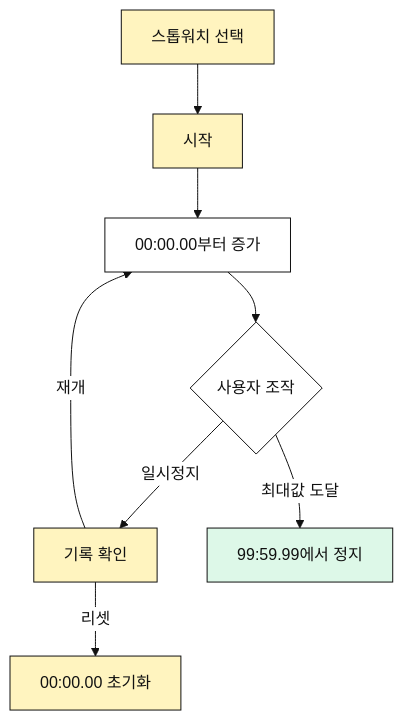
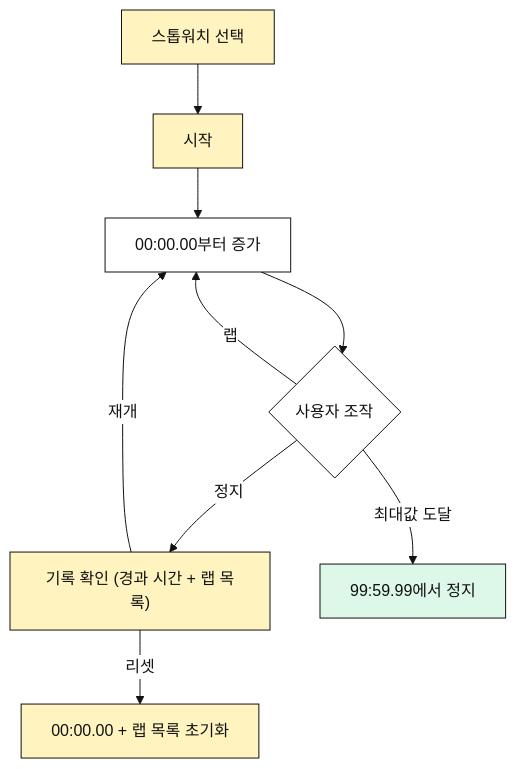
One commit to KalGookSoo/tempo changed the diagram in docs/use-cases/stopwatch.md. Above: the diagram before and after it, drawn with Mermaid. The commit also changed other lines of this file and 8 other files, not shown here.

````diff
--- a/docs/use-cases/stopwatch.md
+++ b/docs/use-cases/stopwatch.md
@@ -34,16 +44,17 @@
 ```mermaid
 %%{init: {"theme": "base", "themeVariables": {"background": "transparent", "primaryColor": "#FFFFFF", "primaryTextColor": "#111111", "primaryBorderColor": "#111111", "lineColor": "#111111", "tertiaryColor": "#F7F7F2"}}}%%
 flowchart TD
   A["스톱워치 선택"] --> B["시작"]
   B --> C["00:00.00부터 증가"]
   C --> D{"사용자 조작"}
-  D -- "일시정지" --> E["기록 확인"]
+  D -- "랩" --> C
+  D -- "정지" --> E["기록 확인 (경과 시간 + 랩 목록)"]
   E -- "재개" --> C
-  E -- "리셋" --> F["00:00.00 초기화"]
+  E -- "리셋" --> F["00:00.00 + 랩 목록 초기화"]
   D -- "최대값 도달" --> G["99:59.99에서 정지"]
 
   classDef action fill:#FFF4BF,stroke:#111111,color:#111111;
   classDef done fill:#DDF8E8,stroke:#111111,color:#111111;
   class A,B,E,F action;
   class G done;
 ```
````
